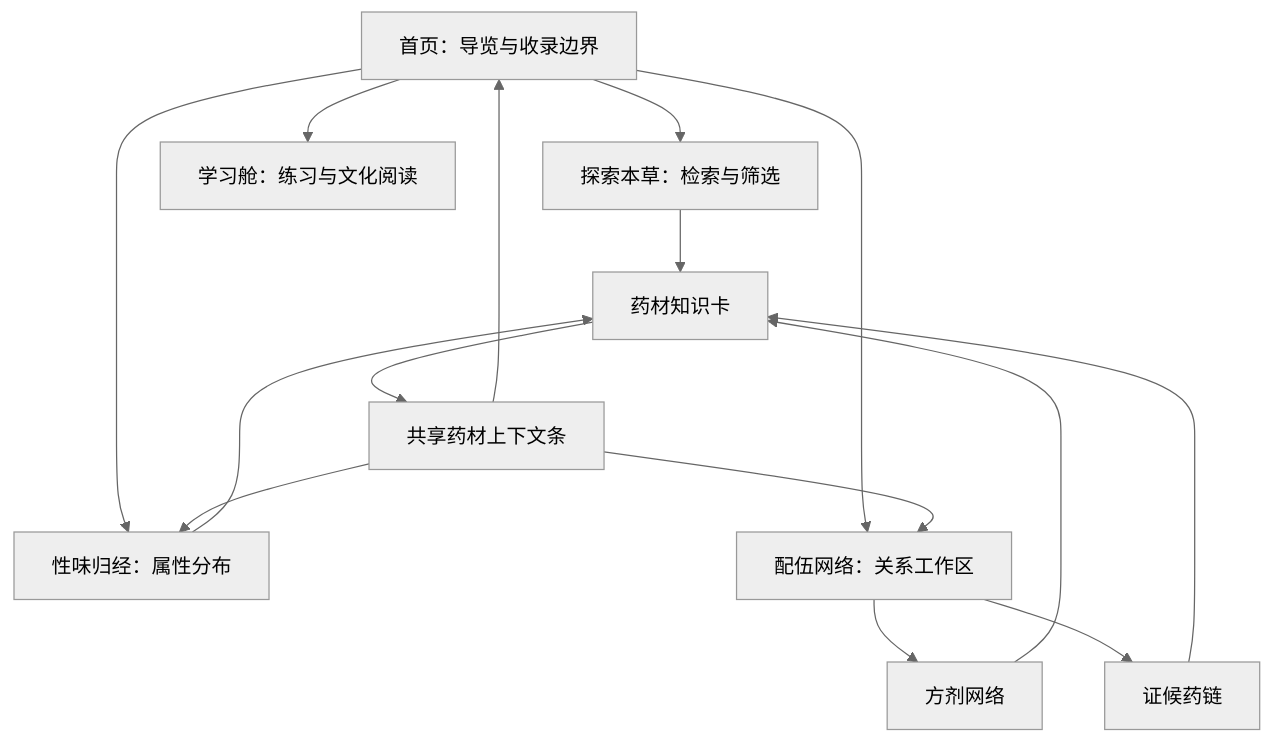
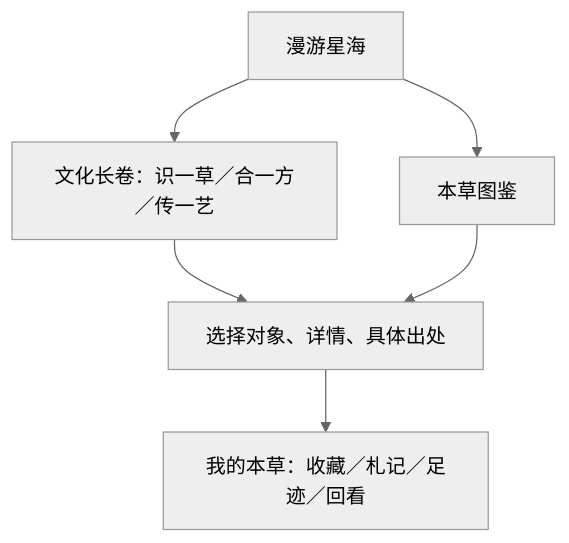
One commit to runner-cpu/Herbal-Cosmos changed the diagram in docs/website-framework.md. Above: the diagram before and after it, drawn with Mermaid (neutral theme). The commit also changed other lines of this file and 34 other files, not shown here.

````diff
--- a/docs/website-framework.md
+++ b/docs/website-framework.md
@@ -13,17 +5,8 @@
 ```mermaid
 flowchart TD
-  H[首页：导览与收录边界] --> B[探索本草：检索与筛选]
-  H --> Q[性味归经：属性分布]
-  H --> F[配伍网络：关系工作区]
-  H --> L[学习舱：练习与文化阅读]
-  F --> FN[方剂网络]
-  F --> FZ[证候药链]
-  B --> D[药材知识卡]
-  Q --> D
-  FN --> D
-  FZ --> D
-  D --> C[共享药材上下文条]
-  C --> H
-  C --> Q
-  C --> F
+ H[漫游星海] --> E[文化长卷：识一草／合一方／传一艺]
+ H --> A[本草图鉴]
+ E --> D[选择对象、详情、具体出处]
+ A --> D
+ D --> P[我的本草：收藏／札记／足迹／回看]
 ```
````
